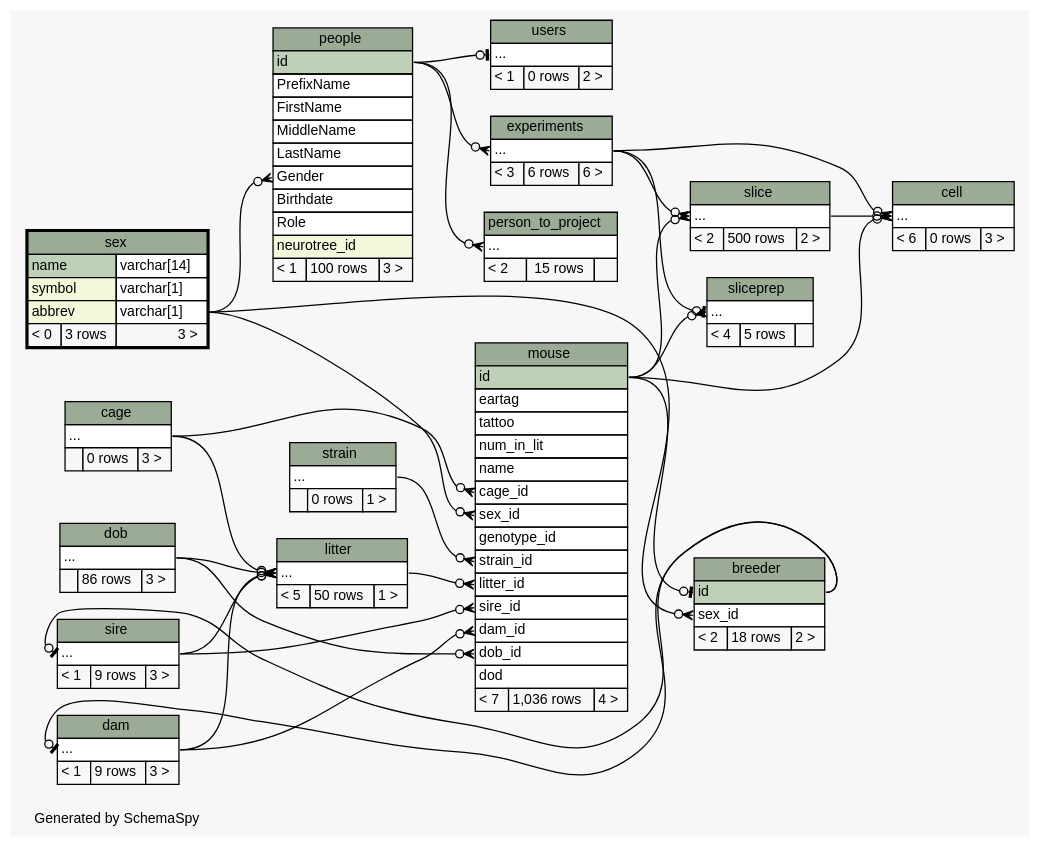
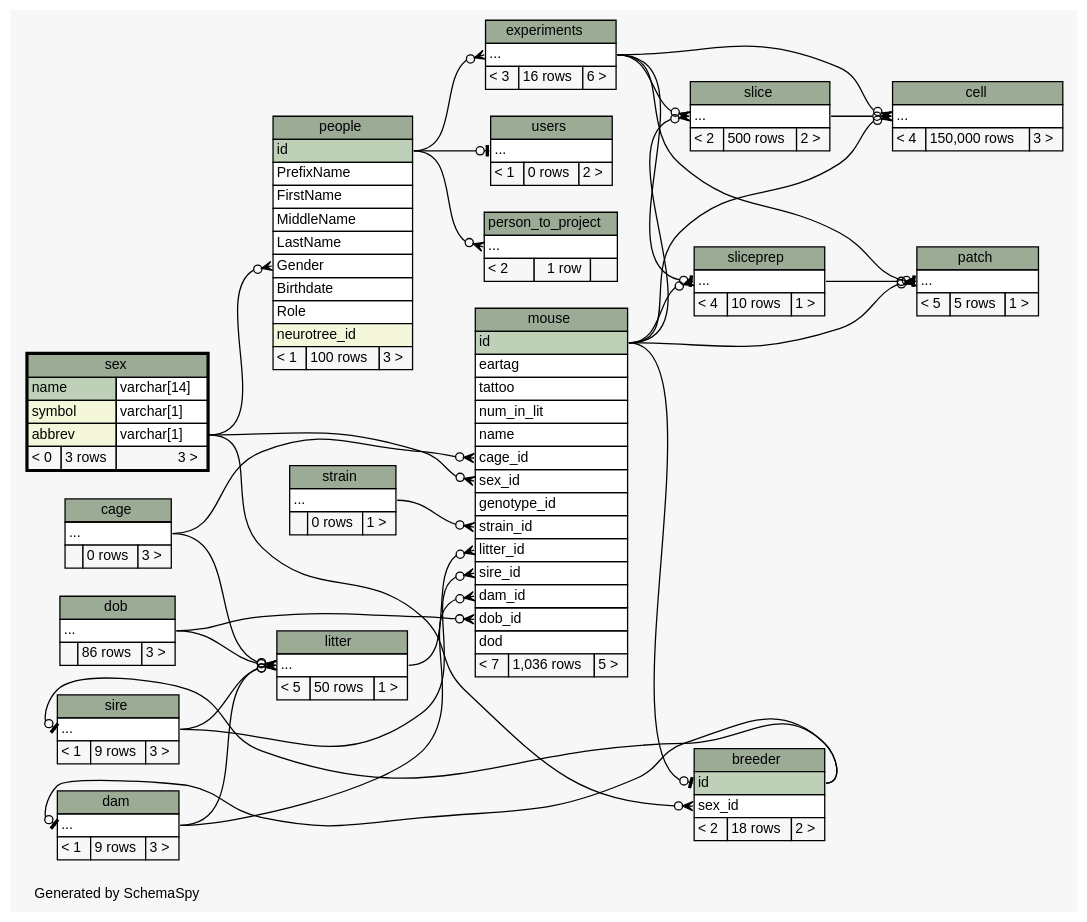
Before and after one commit to tgbugs/mlab: the diagram in database/ss/diagrams/sex.2degrees.dot, drawn with Graphviz. The commit also changed 183 other files, not shown here.

```diff
--- a/database/ss/diagrams/sex.2degrees.dot
+++ b/database/ss/diagrams/sex.2degrees.dot
@@ -37,6 +37,9 @@
   "mouse":"sex_id":w -> "sex":"abbrev.type":e [arrowhead=none dir=back arrowtail=crowodot];
   "mouse":"sire_id":w -> "sire":"elipses":e [arrowhead=none dir=back arrowtail=crowodot];
   "mouse":"strain_id":w -> "strain":"elipses":e [arrowhead=none dir=back arrowtail=crowodot];
+  "patch":"elipses":w -> "experiments":"elipses":e [arrowhead=none dir=back arrowtail=teeodot];
+  "patch":"elipses":w -> "mouse":"id":e [arrowhead=none dir=back arrowtail=crowodot];
+  "patch":"elipses":w -> "sliceprep":"elipses":e [arrowhead=none dir=back arrowtail=crowodot];
   "people":"Gender":w -> "sex":"abbrev.type":e [arrowhead=none dir=back arrowtail=crowodot];
   "person_to_project":"elipses":w -> "people":"id":e [arrowhead=none dir=back arrowtail=crowodot];
   "sire":"elipses":w -> "breeder":"id":e [arrowhead=none dir=back arrowtail=teeodot];
@@ -71,7 +74,7 @@
     <TABLE BORDER="0" CELLBORDER="1" CELLSPACING="0" BGCOLOR="#ffffff">
       <TR><TD COLSPAN="3" BGCOLOR="#9bab96" ALIGN="CENTER">cell</TD></TR>
       <TR><TD PORT="elipses" COLSPAN="3" ALIGN="LEFT">...</TD></TR>
-      <TR><TD ALIGN="LEFT" BGCOLOR="#f7f7f7">&lt; 6</TD><TD ALIGN="RIGHT" BGCOLOR="#f7f7f7">0 rows</TD><TD ALIGN="RIGHT" BGCOLOR="#f7f7f7">3 &gt;</TD></TR>
+      <TR><TD ALIGN="LEFT" BGCOLOR="#f7f7f7">&lt; 4</TD><TD ALIGN="RIGHT" BGCOLOR="#f7f7f7">150,000 rows</TD><TD ALIGN="RIGHT" BGCOLOR="#f7f7f7">3 &gt;</TD></TR>
     </TABLE>>
     URL="cell.html"
     tooltip="cell"
@@ -101,7 +104,7 @@
     <TABLE BORDER="0" CELLBORDER="1" CELLSPACING="0" BGCOLOR="#ffffff">
       <TR><TD COLSPAN="3" BGCOLOR="#9bab96" ALIGN="CENTER">experiments</TD></TR>
       <TR><TD PORT="elipses" COLSPAN="3" ALIGN="LEFT">...</TD></TR>
-      <TR><TD ALIGN="LEFT" BGCOLOR="#f7f7f7">&lt; 3</TD><TD ALIGN="RIGHT" BGCOLOR="#f7f7f7">6 rows</TD><TD ALIGN="RIGHT" BGCOLOR="#f7f7f7">6 &gt;</TD></TR>
+      <TR><TD ALIGN="LEFT" BGCOLOR="#f7f7f7">&lt; 3</TD><TD ALIGN="RIGHT" BGCOLOR="#f7f7f7">16 rows</TD><TD ALIGN="RIGHT" BGCOLOR="#f7f7f7">6 &gt;</TD></TR>
     </TABLE>>
     URL="experiments.html"
     tooltip="experiments"
@@ -134,10 +137,20 @@
       <TR><TD PORT="dam_id" COLSPAN="3" ALIGN="LEFT">dam_id</TD></TR>
       <TR><TD PORT="dob_id" COLSPAN="3" ALIGN="LEFT">dob_id</TD></TR>
       <TR><TD PORT="dod" COLSPAN="3" ALIGN="LEFT">dod</TD></TR>
-      <TR><TD ALIGN="LEFT" BGCOLOR="#f7f7f7">&lt; 7</TD><TD ALIGN="RIGHT" BGCOLOR="#f7f7f7">1,036 rows</TD><TD ALIGN="RIGHT" BGCOLOR="#f7f7f7">4 &gt;</TD></TR>
+      <TR><TD ALIGN="LEFT" BGCOLOR="#f7f7f7">&lt; 7</TD><TD ALIGN="RIGHT" BGCOLOR="#f7f7f7">1,036 rows</TD><TD ALIGN="RIGHT" BGCOLOR="#f7f7f7">5 &gt;</TD></TR>
     </TABLE>>
     URL="mouse.html"
     tooltip="mouse"
+  ];
+  "patch" [
+    label=<
+    <TABLE BORDER="0" CELLBORDER="1" CELLSPACING="0" BGCOLOR="#ffffff">
+      <TR><TD COLSPAN="3" BGCOLOR="#9bab96" ALIGN="CENTER">patch</TD></TR>
+      <TR><TD PORT="elipses" COLSPAN="3" ALIGN="LEFT">...</TD></TR>
+      <TR><TD ALIGN="LEFT" BGCOLOR="#f7f7f7">&lt; 5</TD><TD ALIGN="RIGHT" BGCOLOR="#f7f7f7">5 rows</TD><TD ALIGN="RIGHT" BGCOLOR="#f7f7f7">1 &gt;</TD></TR>
+    </TABLE>>
+    URL="patch.html"
+    tooltip="patch"
   ];
   "people" [
     label=<
@@ -162,7 +175,7 @@
     <TABLE BORDER="0" CELLBORDER="1" CELLSPACING="0" BGCOLOR="#ffffff">
       <TR><TD COLSPAN="3" BGCOLOR="#9bab96" ALIGN="CENTER">person_to_project</TD></TR>
       <TR><TD PORT="elipses" COLSPAN="3" ALIGN="LEFT">...</TD></TR>
-      <TR><TD ALIGN="LEFT" BGCOLOR="#f7f7f7">&lt; 2</TD><TD ALIGN="RIGHT" BGCOLOR="#f7f7f7">15 rows</TD><TD ALIGN="RIGHT" BGCOLOR="#f7f7f7">  </TD></TR>
+      <TR><TD ALIGN="LEFT" BGCOLOR="#f7f7f7">&lt; 2</TD><TD ALIGN="RIGHT" BGCOLOR="#f7f7f7">1 row</TD><TD ALIGN="RIGHT" BGCOLOR="#f7f7f7">  </TD></TR>
     </TABLE>>
     URL="person_to_project.html"
     tooltip="person_to_project"
@@ -204,7 +217,7 @@
     <TABLE BORDER="0" CELLBORDER="1" CELLSPACING="0" BGCOLOR="#ffffff">
       <TR><TD COLSPAN="3" BGCOLOR="#9bab96" ALIGN="CENTER">sliceprep</TD></TR>
       <TR><TD PORT="elipses" COLSPAN="3" ALIGN="LEFT">...</TD></TR>
-      <TR><TD ALIGN="LEFT" BGCOLOR="#f7f7f7">&lt; 4</TD><TD ALIGN="RIGHT" BGCOLOR="#f7f7f7">5 rows</TD><TD ALIGN="RIGHT" BGCOLOR="#f7f7f7">  </TD></TR>
+      <TR><TD ALIGN="LEFT" BGCOLOR="#f7f7f7">&lt; 4</TD><TD ALIGN="RIGHT" BGCOLOR="#f7f7f7">10 rows</TD><TD ALIGN="RIGHT" BGCOLOR="#f7f7f7">1 &gt;</TD></TR>
     </TABLE>>
     URL="sliceprep.html"
     tooltip="sliceprep"
```
